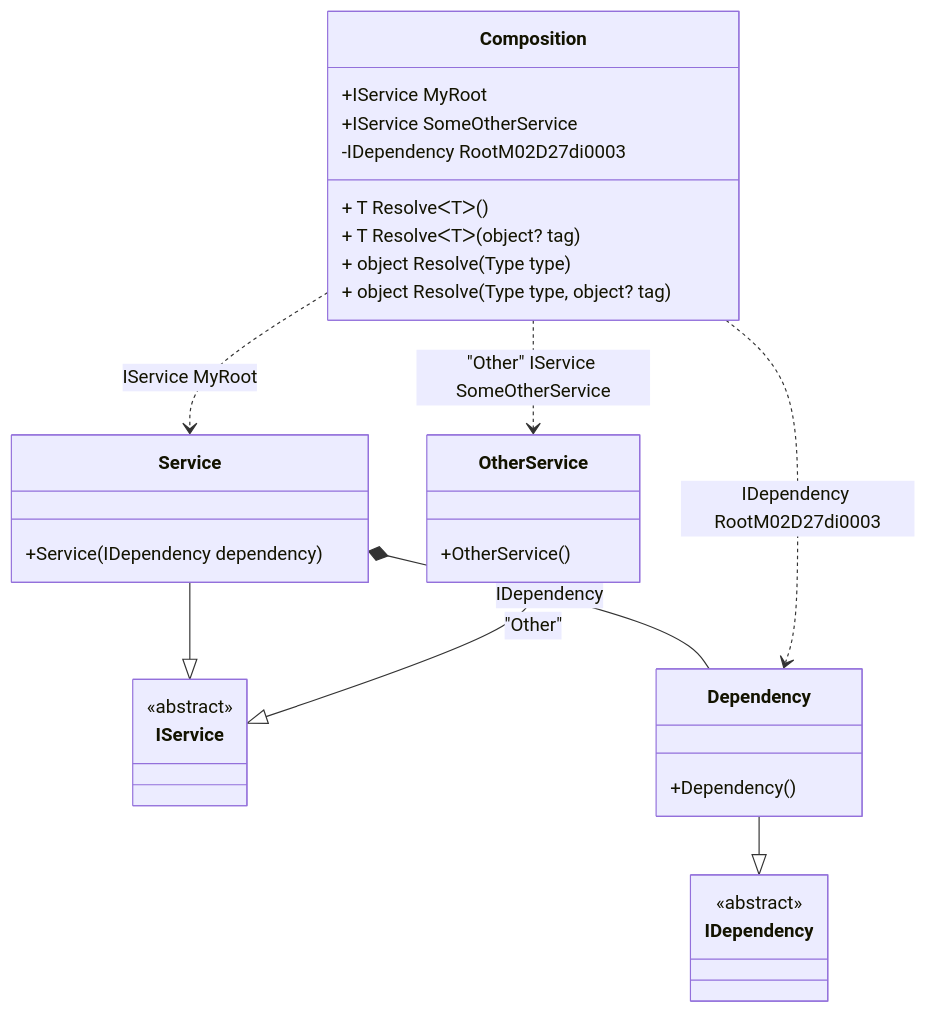
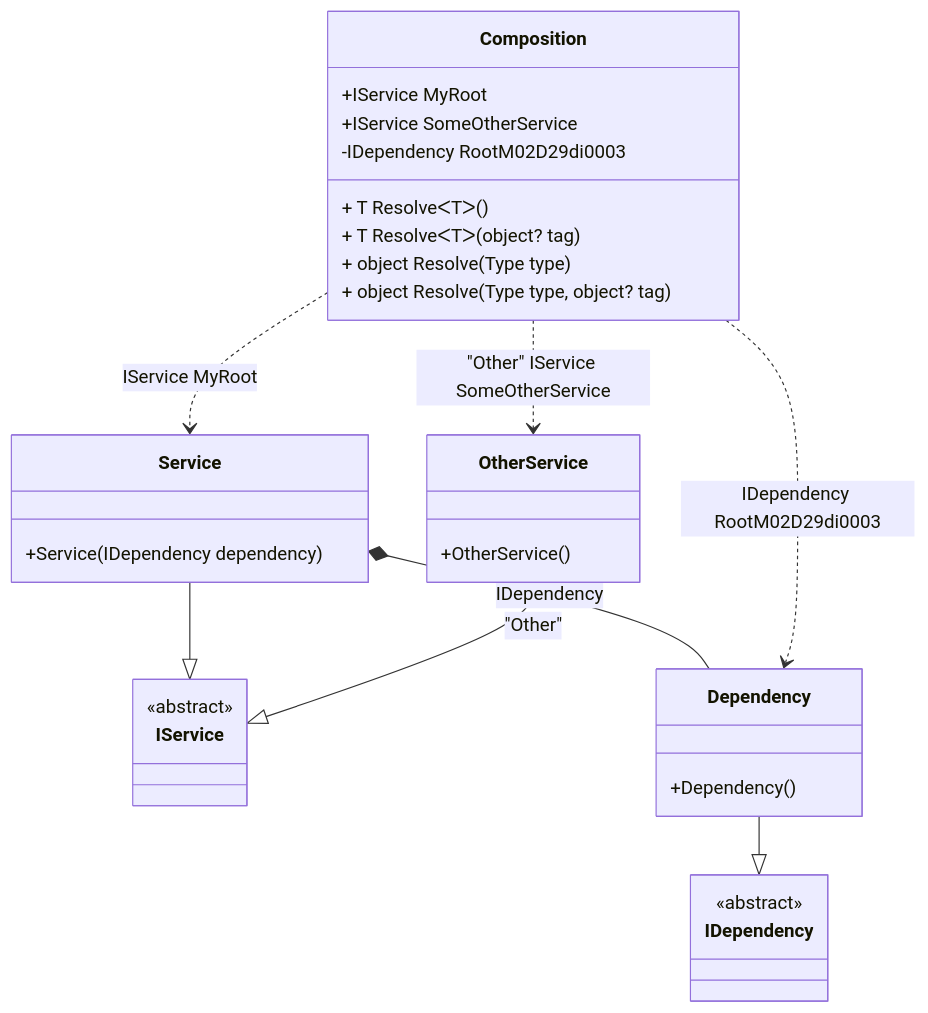
The diagram in readme/composition-roots.md (DevTeam/Pure.DI), drawn with Mermaid before and after one commit. The commit also changed other lines of this file and 68 other files, not shown here.

````diff
--- a/readme/composition-roots.md
+++ b/readme/composition-roots.md
@@ -66,34 +66,34 @@
 ```mermaid
 classDiagram
   class Composition {
     +IService MyRoot
     +IService SomeOtherService
-    -IDependency RootM02D27di0003
+    -IDependency RootM02D29di0003
     + T ResolveᐸTᐳ()
     + T ResolveᐸTᐳ(object? tag)
     + object Resolve(Type type)
     + object Resolve(Type type, object? tag)
   }
   Service --|> IService : 
   class Service {
     +Service(IDependency dependency)
   }
   OtherService --|> IService : "Other" 
   class OtherService {
     +OtherService()
   }
   Dependency --|> IDependency : 
   class Dependency {
     +Dependency()
   }
   class IService {
     <<abstract>>
   }
   class IDependency {
     <<abstract>>
   }
   Service *--  Dependency : IDependency
   Composition ..> Service : IService MyRoot
   Composition ..> OtherService : "Other" IService SomeOtherService
-  Composition ..> Dependency : IDependency RootM02D27di0003
+  Composition ..> Dependency : IDependency RootM02D29di0003
 ```
````
